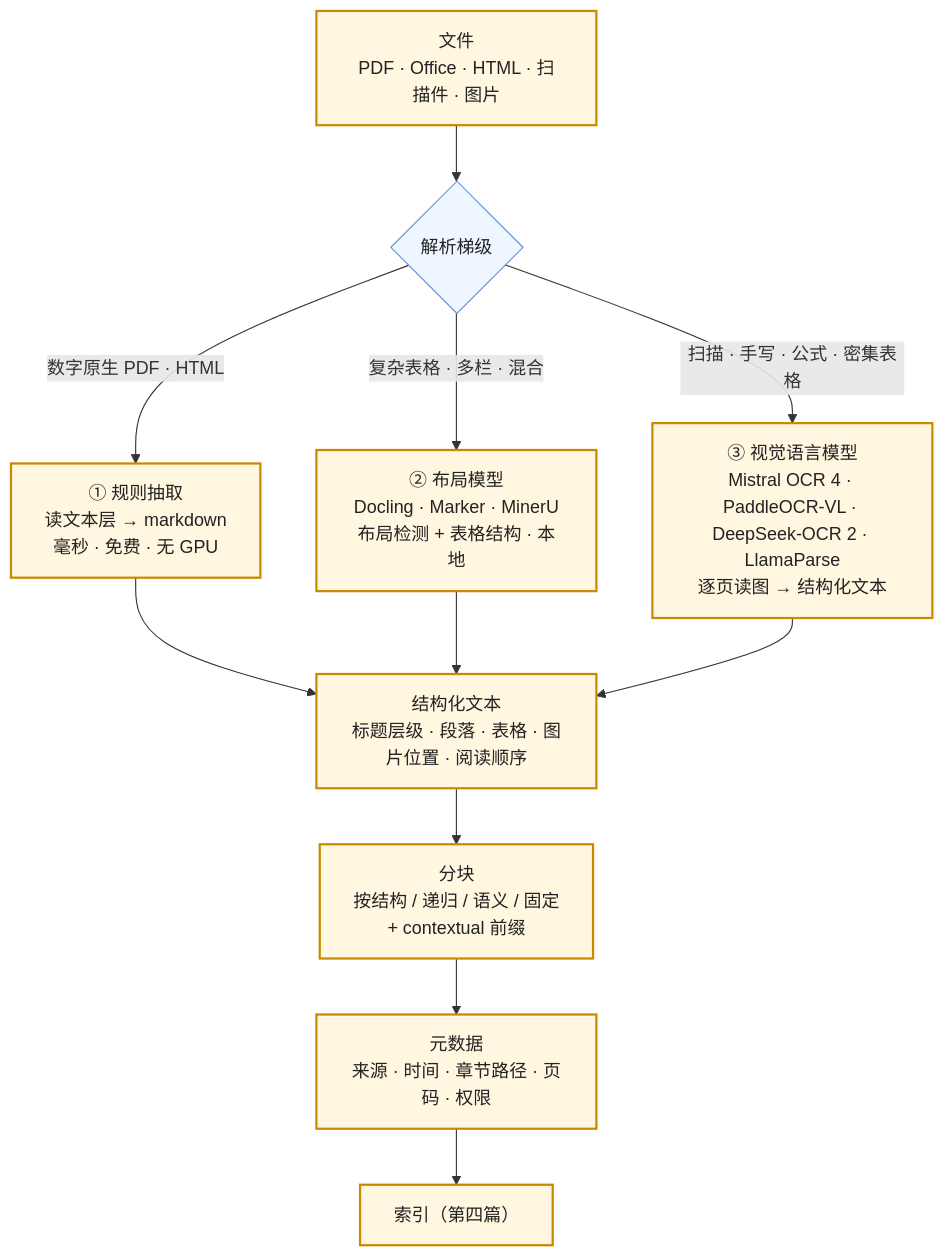
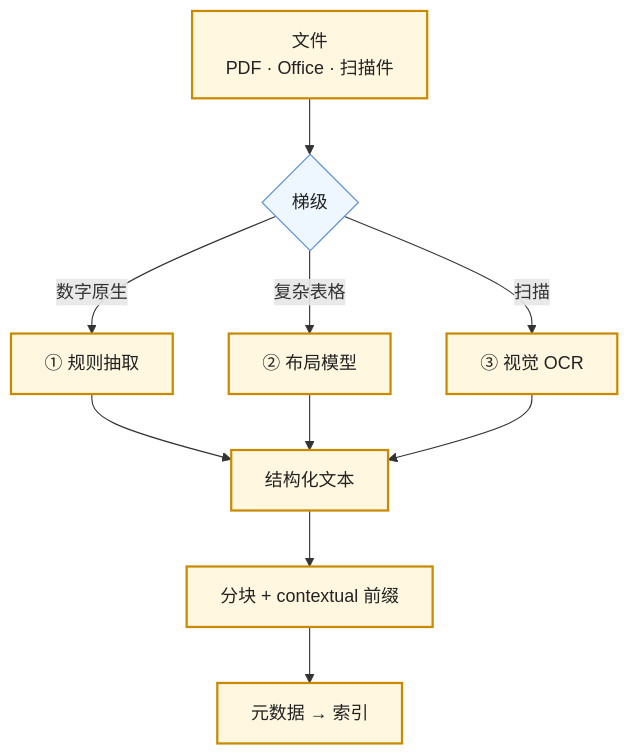
Before and after one commit to arganzheng/arganzheng.github.com: the fourth of 7 diagrams in slides/2026-10-19-retrieval-and-knowledge.md, drawn with Mermaid. The commit also changed other lines of this file, not shown here.

Commit message:
slides/retrieval-and-knowledge: cut/shorten mermaid diagrams below 14px rendered text (check-render smalltext/overlap)

````diff
--- a/slides/2026-10-19-retrieval-and-knowledge.md
+++ b/slides/2026-10-19-retrieval-and-knowledge.md
@@ -120,19 +120,18 @@
 ```mermaid
 %%{init: {"flowchart": {"wrappingWidth": 190}}}%%
 flowchart TB
-    F["文件<br/>PDF · Office · HTML · 扫描件 · 图片"] --> P{"解析梯级"}
-    P -->|"数字原生 PDF · HTML"| R1["① 规则抽取<br/>读文本层 → markdown<br/>毫秒 · 免费 · 无 GPU"]
-    P -->|"复杂表格 · 多栏 · 混合"| R2["② 布局模型<br/>Docling · Marker · MinerU<br/>布局检测 + 表格结构 · 本地"]
-    P -->|"扫描 · 手写 · 公式 · 密集表格"| R3["③ 视觉语言模型<br/>Mistral OCR 4 · PaddleOCR-VL · DeepSeek-OCR 2 · LlamaParse<br/>逐页读图 → 结构化文本"]
-    R1 --> S["结构化文本<br/>标题层级 · 段落 · 表格 · 图片位置 · 阅读顺序"]
+    F["文件<br/>PDF · Office · 扫描件"] --> P{"梯级"}
+    P -->|"数字原生"| R1["① 规则抽取"]
+    P -->|"复杂表格"| R2["② 布局模型"]
+    P -->|"扫描"| R3["③ 视觉 OCR"]
+    R1 --> S["结构化文本"]
     R2 --> S
     R3 --> S
-    S --> C["分块<br/>按结构 / 递归 / 语义 / 固定<br/>+ contextual 前缀"]
-    C --> M["元数据<br/>来源 · 时间 · 章节路径 · 页码 · 权限"]
-    M --> I["索引（第四篇）"]
+    S --> C["分块 + contextual 前缀"]
+    C --> M["元数据 → 索引"]
 
     classDef step fill:#fff7e0,stroke:#c98a00,stroke-width:2px,color:#222
     classDef dec fill:#eef6ff,stroke:#5b8fd6,color:#222
     class F,R1,R2,R3,S,C,M,I step
     class P dec
 ```
````
